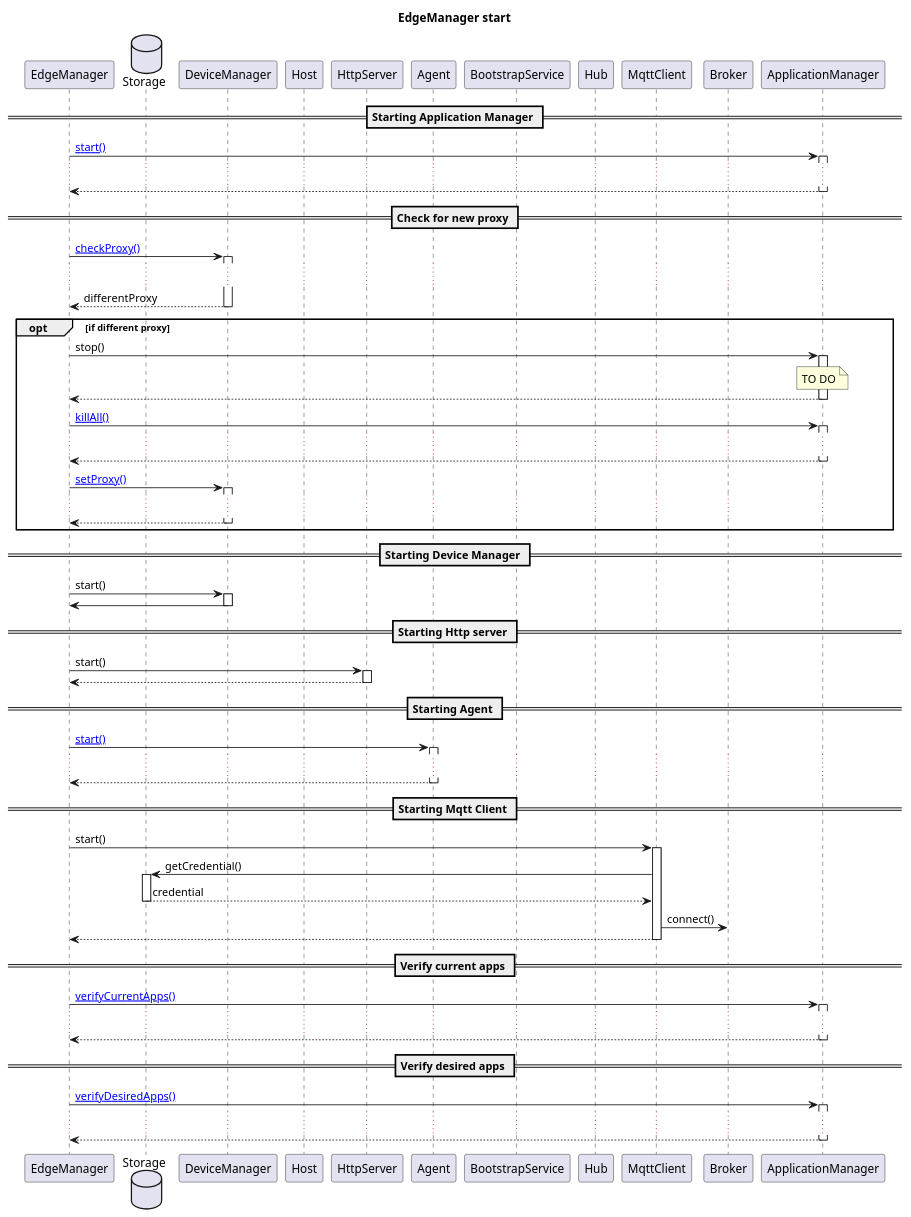
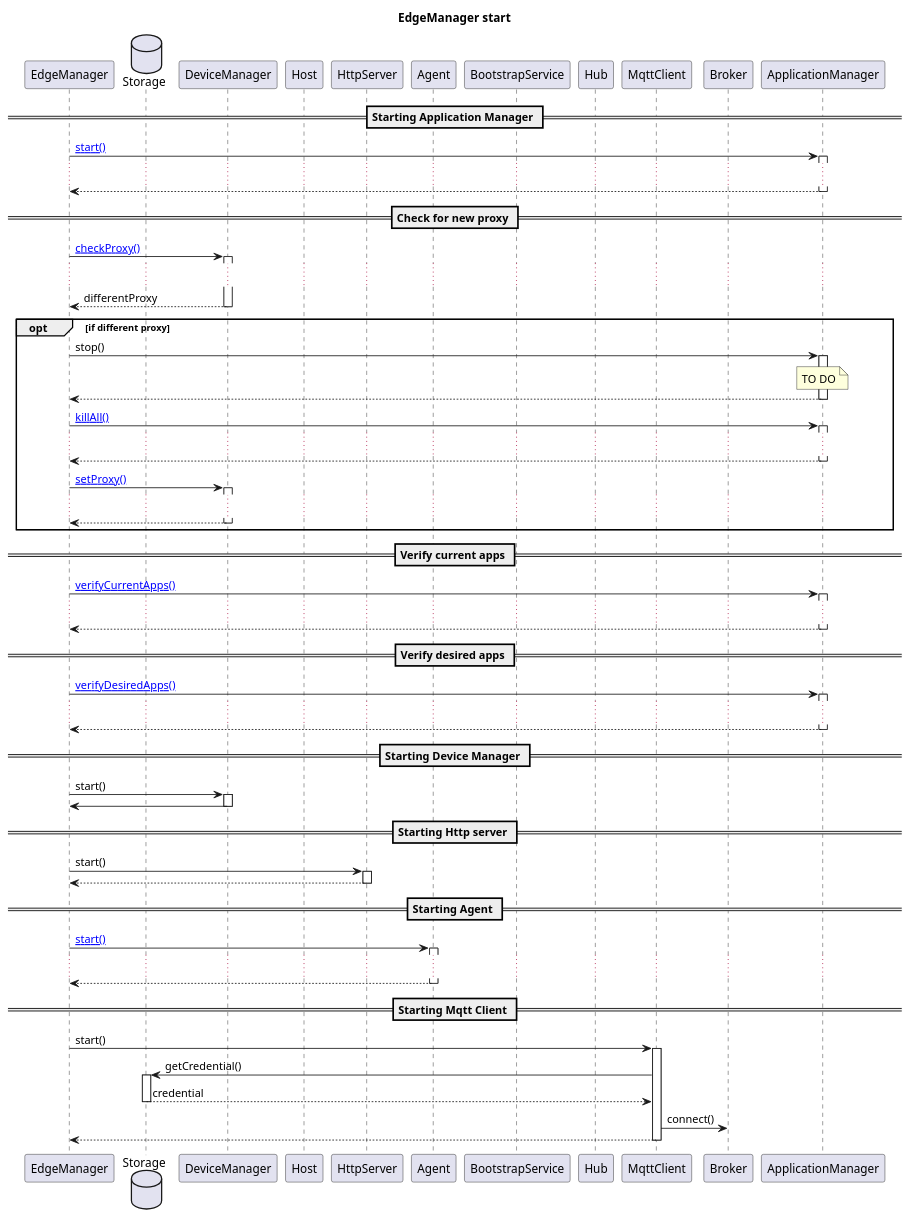
The diagram in EdgeManager/boot.puml (se-edge/framework-diagrams), drawn with PlantUML before and after one commit. The commit also changed 1 other file, not shown here.

Commit message:
move start of component after checking current and desired apps

```diff
--- a/EdgeManager/boot.puml
+++ b/EdgeManager/boot.puml
@@ -1,74 +1,75 @@
 @startuml
 
 title "EdgeManager start"
 
 participant EdgeManager as EM
 database Storage as Stor
 participant DeviceManager as DM
 participant Host as Host
 participant HttpServer as Http
 participant Agent as A
 participant BootstrapService as BS
 participant Hub as Hub
 participant MqttClient as Mqtt
 participant Broker as Broker
 participant ApplicationManager as AM
 
 == Starting Application Manager ==
 
 EM->AM ++: [[http://www.plantuml.com/plantuml/proxy?cache=no&src=https://raw.githubusercontent.com/se-edge/diagrams/develop/ApplicationManager/start.puml&fmt=svg start()]]
 ...
 AM-->EM --:
 
 == Check for new proxy ==
 EM->DM ++: [[http://www.plantuml.com/plantuml/proxy?cache=no&src=https://raw.githubusercontent.com/se-edge/diagrams/develop/DeviceManager/checkProxy.puml&fmt=svg checkProxy()]]
 ...
 DM-->EM --: differentProxy
 opt if different proxy
 EM->AM ++: stop()
 note over AM: TO DO
 AM-->EM --:
 EM->AM ++: [[http://www.plantuml.com/plantuml/proxy?cache=no&src=https://raw.githubusercontent.com/se-edge/diagrams/develop/ApplicationManager/killAll.puml&fmt=svg killAll()]]
 ...
 AM-->EM --:
 EM->DM ++: [[http://www.plantuml.com/plantuml/proxy?cache=no&src=https://raw.githubusercontent.com/se-edge/diagrams/develop/DeviceManager/setProxy.puml&fmt=svg setProxy()]]
 ...
 DM-->EM --:
 end
 
+== Verify current apps ==
+
+EM->AM ++: [[http://www.plantuml.com/plantuml/proxy?cache=no&src=https://raw.githubusercontent.com/se-edge/diagrams/develop/ApplicationManager/verifyCurrentApps.puml&fmt=svg verifyCurrentApps()]]
+...
+AM-->EM --:
+
+== Verify desired apps ==
+
+EM->AM ++: [[http://www.plantuml.com/plantuml/proxy?cache=no&src=https://raw.githubusercontent.com/se-edge/diagrams/develop/ApplicationManager/verifyDesiredApps.puml&fmt=svg verifyDesiredApps()]]
+...
+AM-->EM --:
+
 == Starting Device Manager ==
 
 EM->DM ++: start()
 DM->EM --:
 
 == Starting Http server ==
 
 EM->Http ++: start()
 Http-->EM --:
 
 == Starting Agent ==
 
 EM->A ++: [[http://www.plantuml.com/plantuml/proxy?cache=no&src=https://raw.githubusercontent.com/se-edge/diagrams/develop/Agent/start.puml&fmt=svg start()]]
 ...
 A-->EM --:
 
 == Starting Mqtt Client ==
 
 EM->Mqtt ++: start()
 Mqtt->Stor ++: getCredential()
 Stor-->Mqtt --: credential
 Mqtt->Broker: connect()
 Mqtt-->EM --:
 
-== Verify current apps ==
-
-EM->AM ++: [[http://www.plantuml.com/plantuml/proxy?cache=no&src=https://raw.githubusercontent.com/se-edge/diagrams/develop/ApplicationManager/verifyCurrentApps.puml&fmt=svg verifyCurrentApps()]]
-...
-AM-->EM --:
-
-== Verify desired apps ==
-
-EM->AM ++: [[http://www.plantuml.com/plantuml/proxy?cache=no&src=https://raw.githubusercontent.com/se-edge/diagrams/develop/ApplicationManager/verifyDesiredApps.puml&fmt=svg verifyDesiredApps()]]
-...
-AM-->EM --:
 @enduml
```
